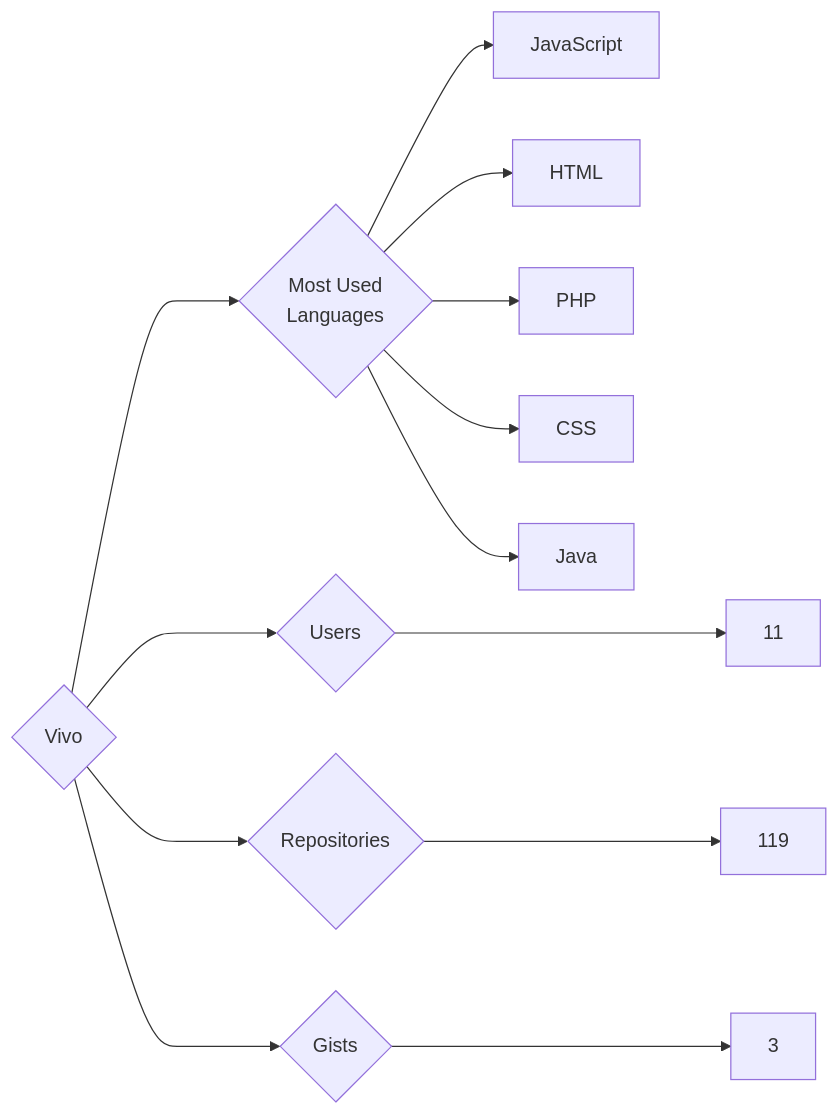
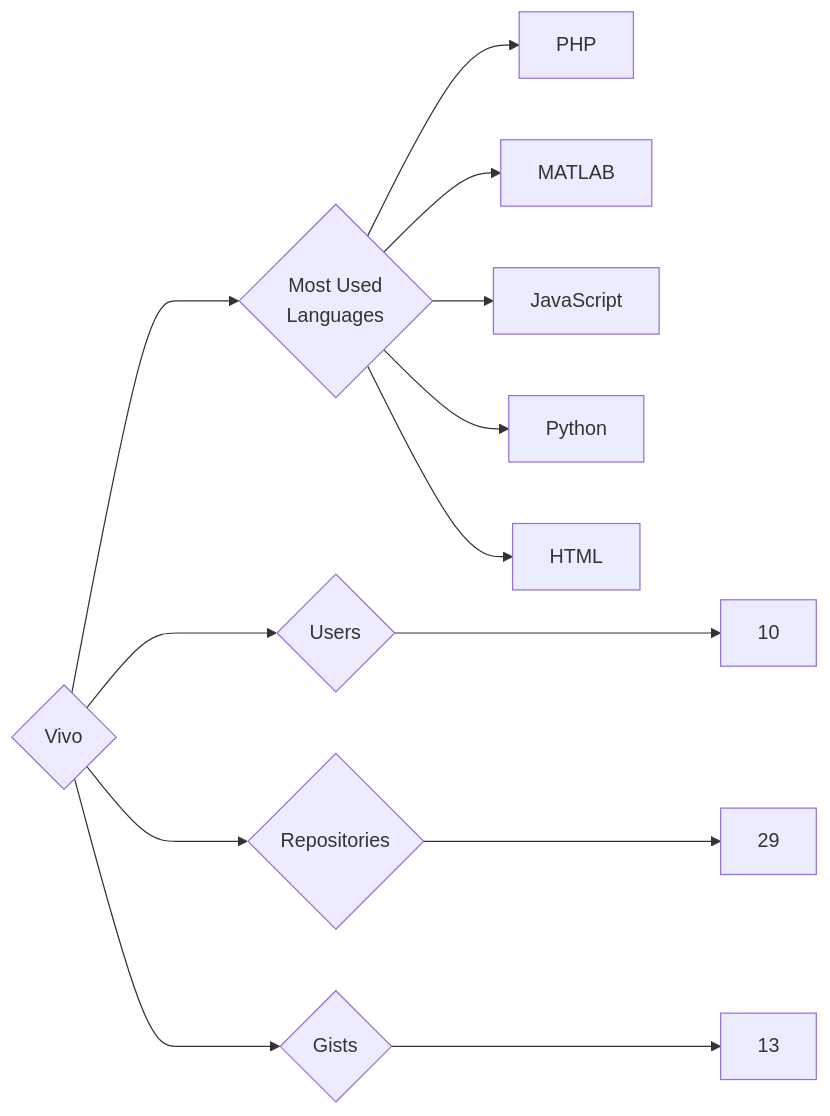
The diagram in targets/Vivo/README.md (trickest/insiders), drawn with Mermaid before and after one commit. The commit also changed 871 other files, not shown here.

````diff
--- a/targets/Vivo/README.md
+++ b/targets/Vivo/README.md
@@ -3,13 +3,13 @@
 ```mermaid
 graph LR
 COMPANY_NAME{Vivo}
-COMPANY_NAME ---> U{Users} ---> UN[11]
-COMPANY_NAME ---> R{Repositories} ---> RN[119]
-COMPANY_NAME ---> G{Gists} ---> GN[3]
+COMPANY_NAME ---> U{Users} ---> UN[10]
+COMPANY_NAME ---> R{Repositories} ---> RN[29]
+COMPANY_NAME ---> G{Gists} ---> GN[13]
 COMPANY_NAME ---> ML{Most Used<br>Languages}
+ML --> PHP[PHP]
+ML --> MATLAB[MATLAB]
 ML --> JavaScript[JavaScript]
+ML --> Python[Python]
 ML --> HTML[HTML]
-ML --> PHP[PHP]
-ML --> CSS[CSS]
-ML --> Java[Java]
 ```
````
